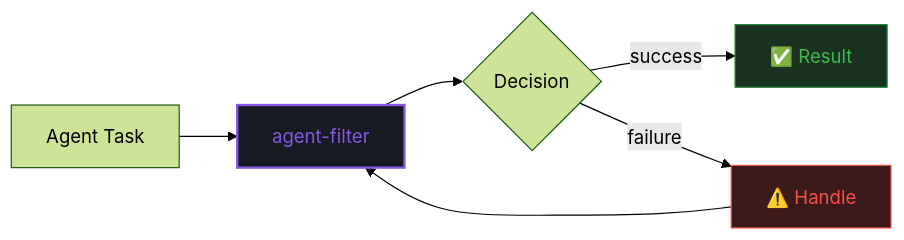
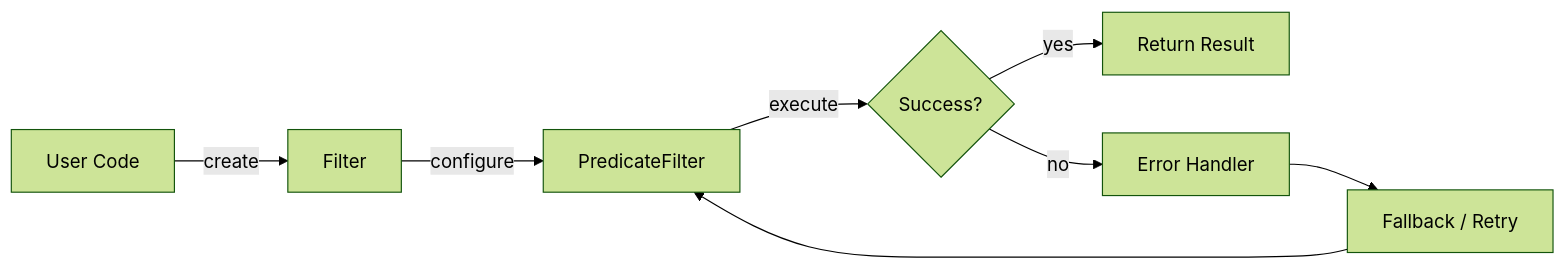
The first of 2 diagrams in README.md (darshjme/agent-filter), drawn with Mermaid (forest theme) before and after one commit. The commit also changed other lines of this file and 1 other file, not shown here.

````diff
--- a/README.md
+++ b/README.md
@@ -59,12 +81,10 @@
 ```mermaid
 flowchart LR
-    A[Agent Task] --> B[agent-filter]
-    B --> C{Decision}
-    C -->|success| D[✅ Result]
-    C -->|failure| E[⚠️ Handle]
-    E --> B
-
-    style B fill:#161b22,stroke:#8957e5,stroke-width:2,color:#8957e5
-    style D fill:#1a3320,stroke:#238636,color:#3fb950
-    style E fill:#3d1a1a,stroke:#f85149,color:#f85149
+    A[User Code] -->|create| B[Filter]
+    B -->|configure| C[PredicateFilter]
+    C -->|execute| D{Success?}
+    D -->|yes| E[Return Result]
+    D -->|no| F[Error Handler]
+    F --> G[Fallback / Retry]
+    G --> C
 ```
````
